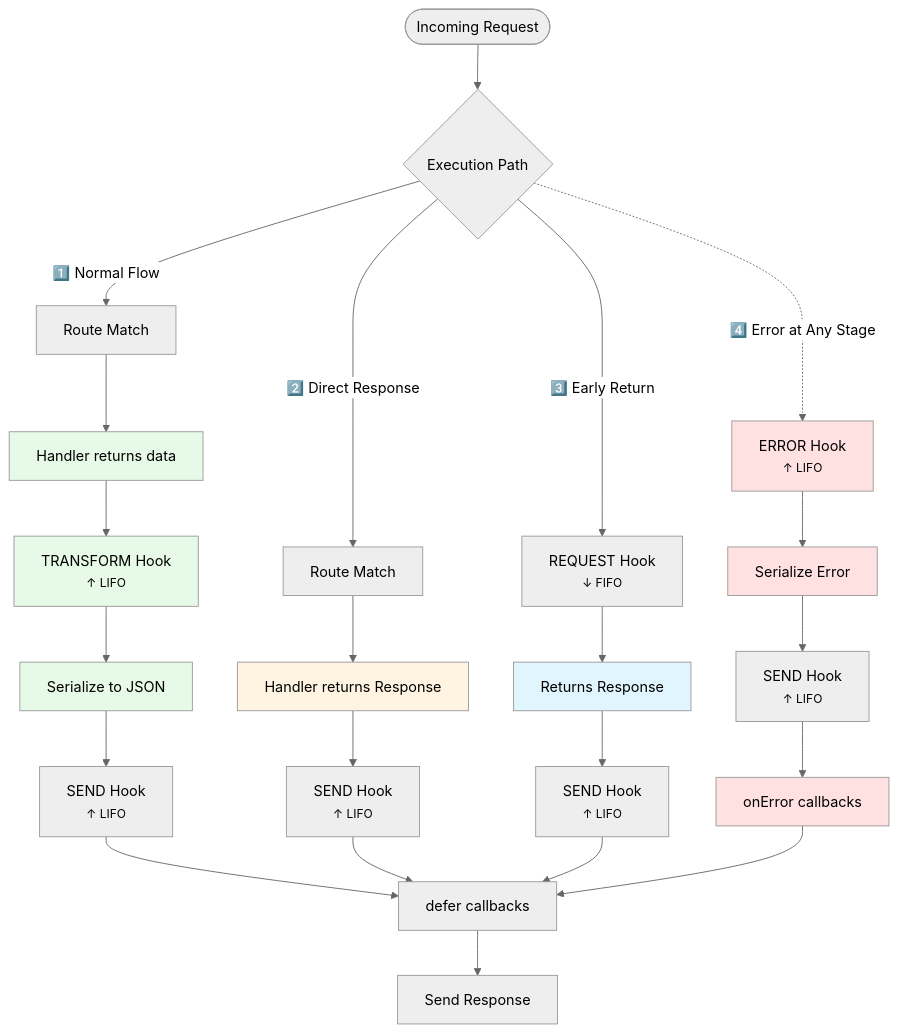
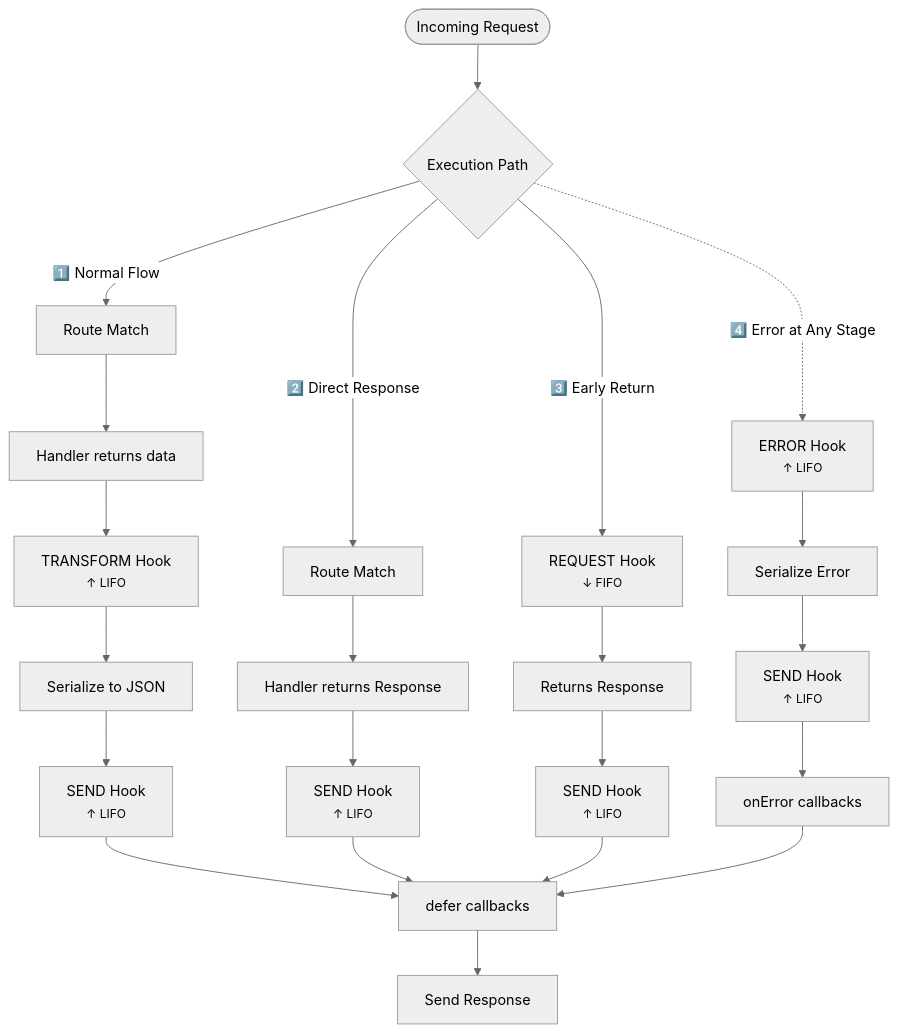
Before and after one commit to minima-js/minimajs: the diagram in docs/core-concepts/diagrams/flow-execution-paths.md, drawn with Mermaid (neutral theme). The commit also changed 19 other files, not shown here.

````diff
--- a/docs/core-concepts/diagrams/flow-execution-paths.md
+++ b/docs/core-concepts/diagrams/flow-execution-paths.md
@@ -1,34 +1,32 @@
 ```mermaid
 graph TD
     Start([Incoming Request]) --> Choice{Execution Path}
 
     Choice -->|1️⃣ Normal Flow| N1[Route Match]
     N1 --> N2[Handler returns data]
     N2 --> N3["TRANSFORM Hook<br/><small>↑ LIFO</small>"]
     N3 --> N4[Serialize to JSON]
     N4 --> N5["SEND Hook<br/><small>↑ LIFO</small>"]
     N5 --> N6[defer callbacks]
     N6 --> N7[Send Response]
 
     Choice -->|2️⃣ Direct Response| D1[Route Match]
     D1 --> D2[Handler returns Response]
     D2 --> D5["SEND Hook<br/><small>↑ LIFO</small>"] --> N6
 
     Choice -->|3️⃣ Early Return| E1["REQUEST Hook<br/><small>↓ FIFO</small>"]
     E1 --> E2[Returns Response]
     E2 --> E5["SEND Hook<br/><small>↑ LIFO</small>"] --> N6
 
     Choice -.->|4️⃣ Error at Any Stage| R1["ERROR Hook<br/><small>↑ LIFO</small>"]
     R1 --> R2[Serialize Error]
     R2 --> R3["SEND Hook<br/><small>↑ LIFO</small>"]
     R3 --> R4[onError callbacks] --> N6
 
-    style N2 fill:#e7f9e7
-    style N3 fill:#e7f9e7
-    style N4 fill:#e7f9e7
-    style D2 fill:#fff4e1
-    style E2 fill:#e1f5ff
-    style R1 fill:#ffe1e1
-    style R2 fill:#ffe1e1
-    style R4 fill:#ffe1e1
+    class Start,Choice neutral
+    class N1,N2,N3,N4,N5,N6,N7 success
+    class D1,D2,D5 warn
+    class E1,E2,E5 info
+    class R1,R2,R3,R4 danger
+
 ```
````
